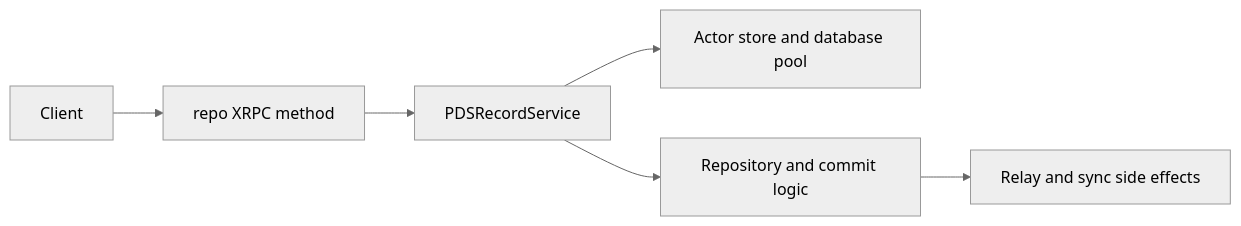
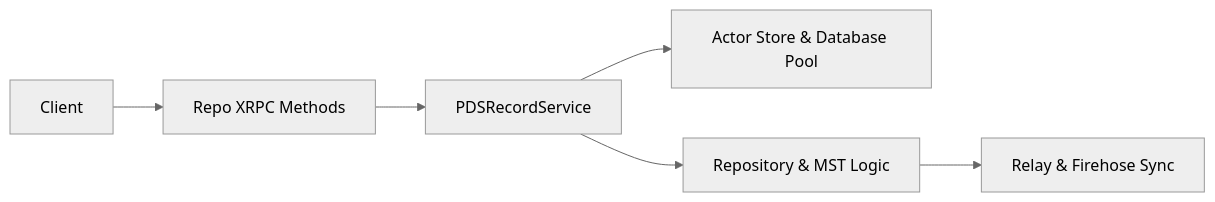
One commit to jvalinsky/garazyk changed the diagram in docs/10-tutorials/tutorial-3-records.md. Above: the diagram before and after it, drawn with Mermaid (neutral theme). The commit also changed other lines of this file and 122 other files, not shown here.

````diff
--- a/docs/10-tutorials/tutorial-3-records.md
+++ b/docs/10-tutorials/tutorial-3-records.md
@@ -46,8 +17,8 @@
 ```mermaid
 flowchart LR
-  Client["Client"] --> Xrpc["repo XRPC method"]
+  Client["Client"] --> Xrpc["Repo XRPC Methods"]
   Xrpc --> Record["PDSRecordService"]
-  Record --> Actor["Actor store and database pool"]
-  Record --> Repo["Repository and commit logic"]
-  Repo --> Sync["Relay and sync side effects"]
+  Record --> Actor["Actor Store & Database Pool"]
+  Record --> Repo["Repository & MST Logic"]
+  Repo --> Sync["Relay & Firehose Sync"]
 ```
````
